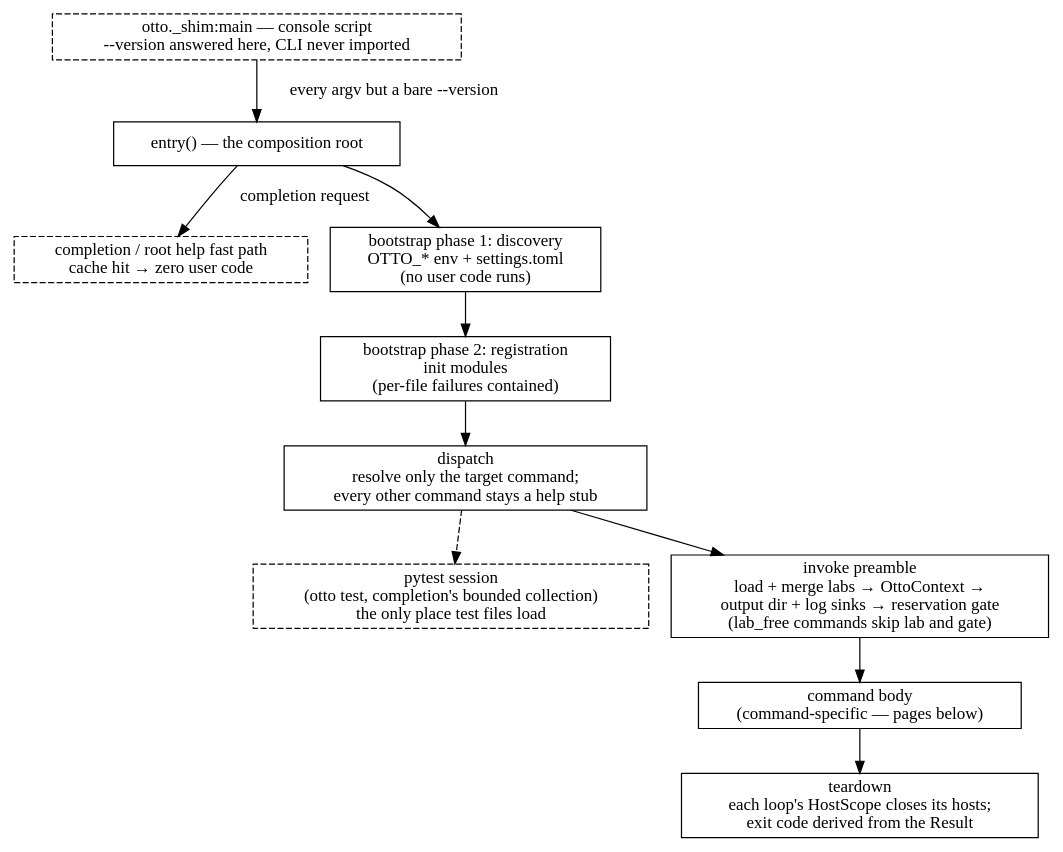
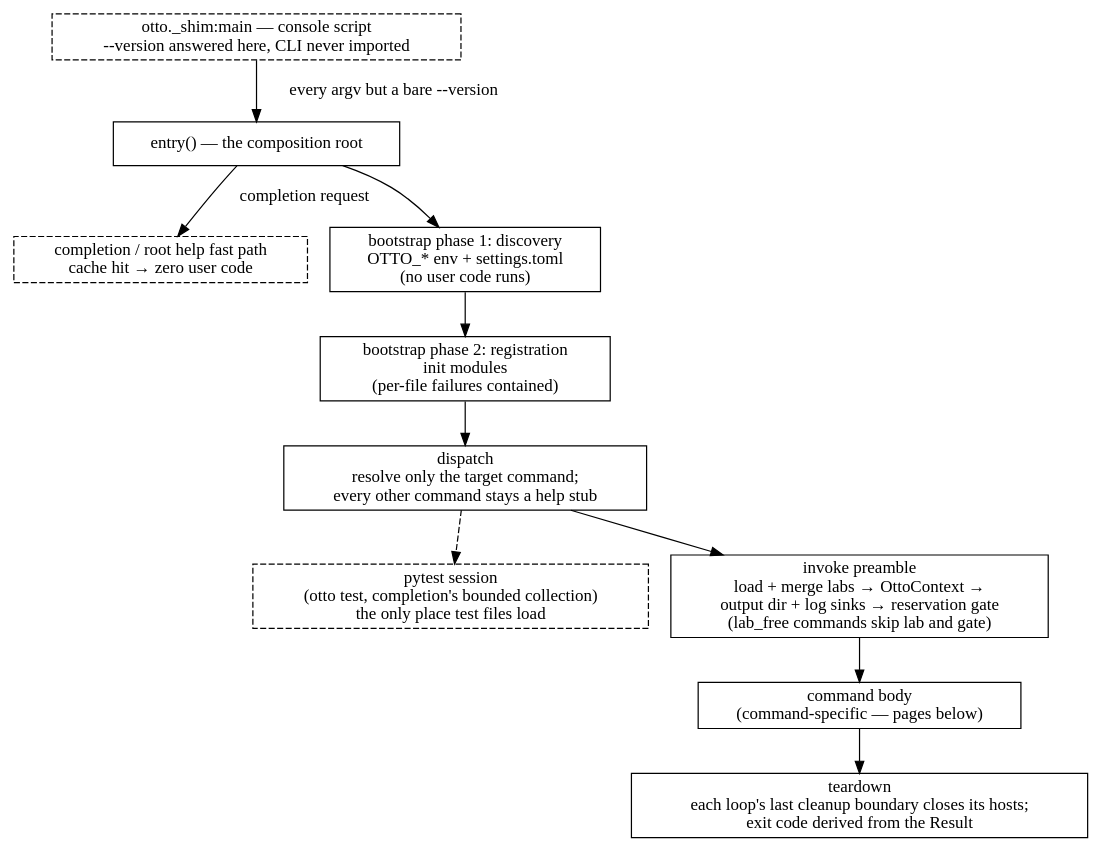
One commit to ludachrish3/otto-sh changed the diagram in docs/architecture/lifecycle.md. Above: the diagram before and after it, drawn with Graphviz. The commit also changed other lines of this file and 153 other files, not shown here.

````diff
--- a/docs/architecture/lifecycle.md
+++ b/docs/architecture/lifecycle.md
@@ -18,27 +18,27 @@
 ```{graphviz}
 digraph lifecycle {
     rankdir=TB;
     node [shape=box];
 
     shim [label="otto._shim:main — console script\n--version answered here, CLI never imported", style=dashed];
     entry [label="entry() — the composition root"];
     completion [label="completion / root help fast path\ncache hit → zero user code", style=dashed];
     discovery [label="bootstrap phase 1: discovery\nOTTO_* env + settings.toml\n(no user code runs)"];
     registration [label="bootstrap phase 2: registration\ninit modules\n(per-file failures contained)"];
     pytest_session [label="pytest session\n(otto test, completion's bounded collection)\nthe only place test files load", style=dashed];
     dispatch [label="dispatch\nresolve only the target command;\nevery other command stays a help stub"];
     preamble [label="invoke preamble\nload + merge labs → OttoContext →\noutput dir + log sinks → reservation gate\n(lab_free commands skip lab and gate)"];
     body [label="command body\n(command-specific — pages below)"];
-    teardown [label="teardown\neach loop's HostScope closes its hosts;\nexit code derived from the Result"];
+    teardown [label="teardown\neach loop's last cleanup boundary closes its hosts;\nexit code derived from the Result"];
 
     shim -> entry [label=" every argv but a bare --version"];
     entry -> completion [label=" completion request"];
     entry -> discovery;
     discovery -> registration;
     registration -> dispatch;
     dispatch -> preamble;
     dispatch -> pytest_session [style=dashed];
     preamble -> body;
     body -> teardown;
 }
 ```
````
